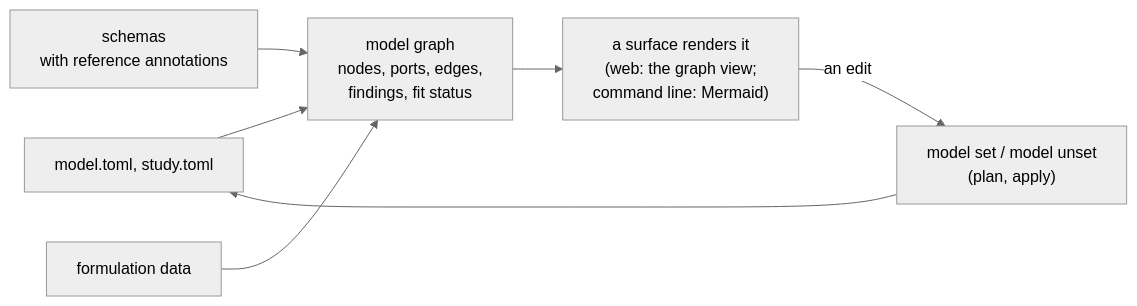
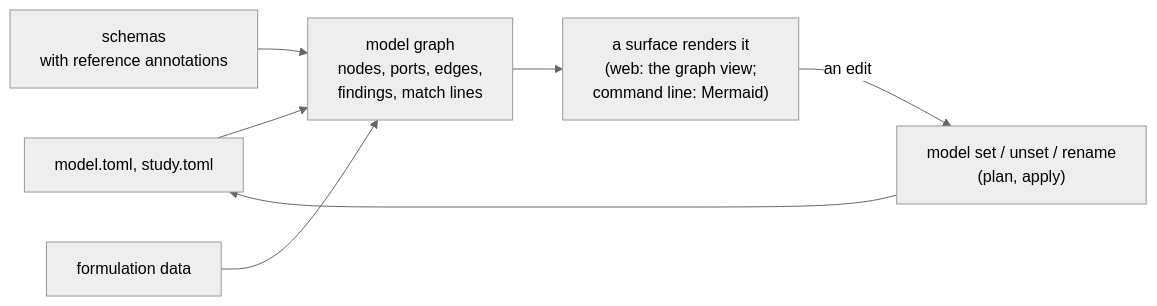
One commit to Qing-LAB/femkit changed the second of 2 diagrams in docs/contracts/models.md. Above: the diagram before and after it, drawn with Mermaid (neutral theme). The commit also changed other lines of this file and 18 other files, not shown here.

````diff
--- a/docs/contracts/models.md
+++ b/docs/contracts/models.md
@@ -432,9 +650,9 @@
 ```mermaid
 flowchart LR
-    F["model.toml, study.toml"] --> G["model graph<br/>nodes, ports, edges,<br/>findings, fit status"]
+    F["model.toml, study.toml"] --> G["model graph<br/>nodes, ports, edges,<br/>findings, match lines"]
     S["schemas<br/>with reference annotations"] --> G
     D["formulation data"] --> G
     G --> W["a surface renders it<br/>(web: the graph view;<br/>command line: Mermaid)"]
-    W -->|"an edit"| E["model set / model unset<br/>(plan, apply)"]
+    W -->|"an edit"| E["model set / unset / rename<br/>(plan, apply)"]
     E --> F
 ```
````
